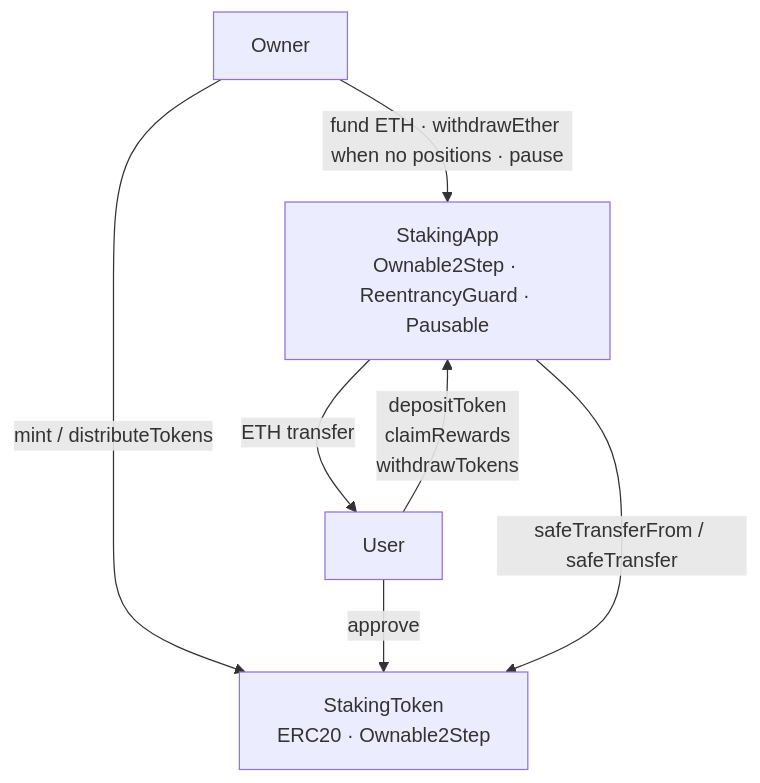
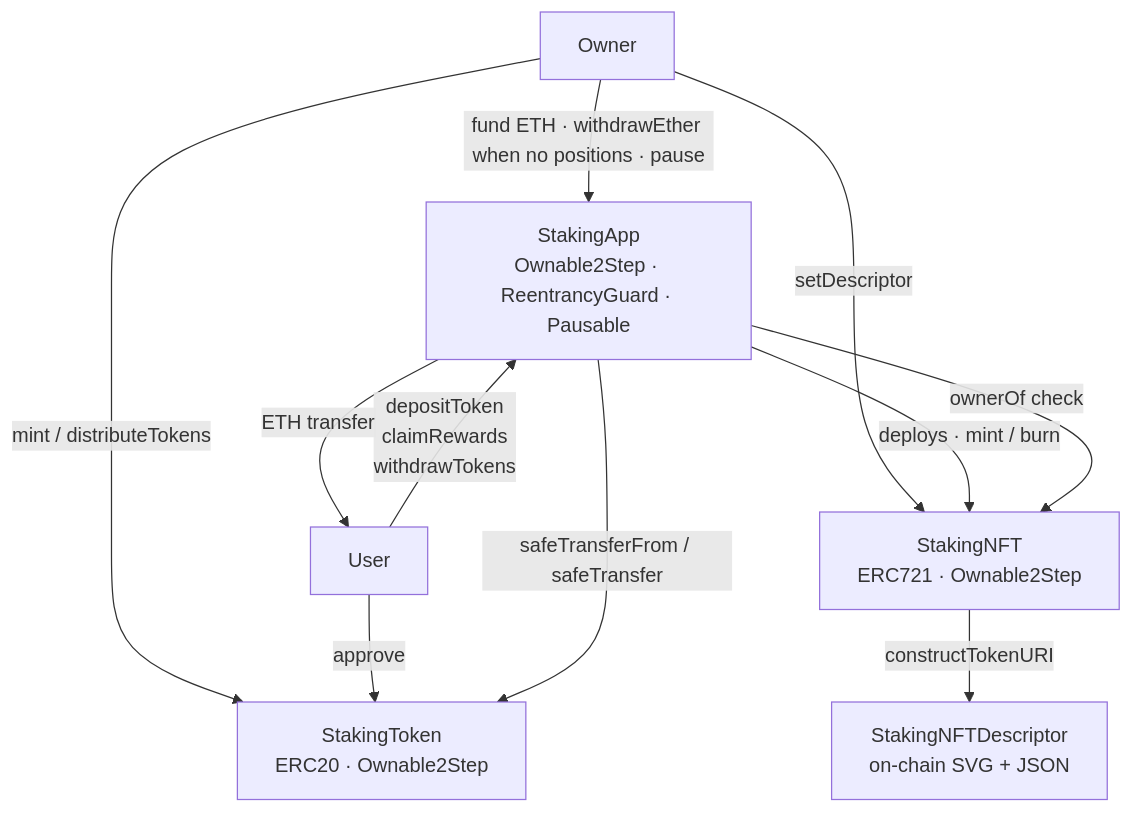
The first of 2 diagrams in README.md (sergiiogg7/staking-protocol), drawn with Mermaid before and after one commit. The commit also changed other lines of this file and 1 other file, not shown here.

````diff
--- a/README.md
+++ b/README.md
@@ -32,9 +36,13 @@
 ```mermaid
 graph TD
     Owner -->|mint / distributeTokens| STK[StakingToken\nERC20 · Ownable2Step]
     Owner -->|fund ETH · withdrawEther when no positions · pause| APP[StakingApp\nOwnable2Step · ReentrancyGuard · Pausable]
+    Owner -->|setDescriptor| NFT[StakingNFT\nERC721 · Ownable2Step]
     User -->|approve| STK
     User -->|depositToken\nclaimRewards\nwithdrawTokens| APP
     APP -->|safeTransferFrom / safeTransfer| STK
+    APP -->|deploys · mint / burn| NFT
+    APP -->|ownerOf check| NFT
+    NFT -->|constructTokenURI| DESC[StakingNFTDescriptor\non-chain SVG + JSON]
     APP -->|ETH transfer| User
 ```
````
